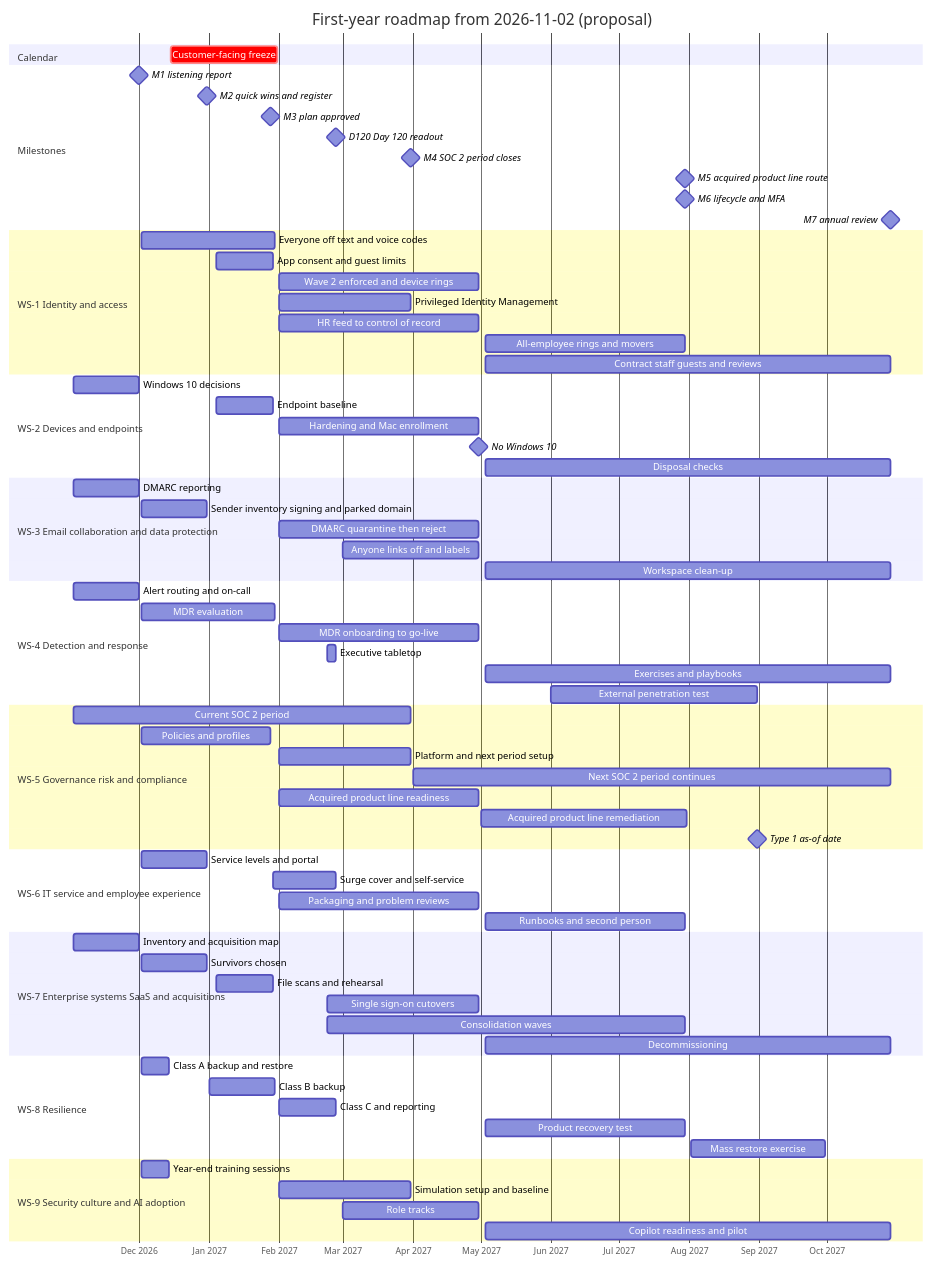
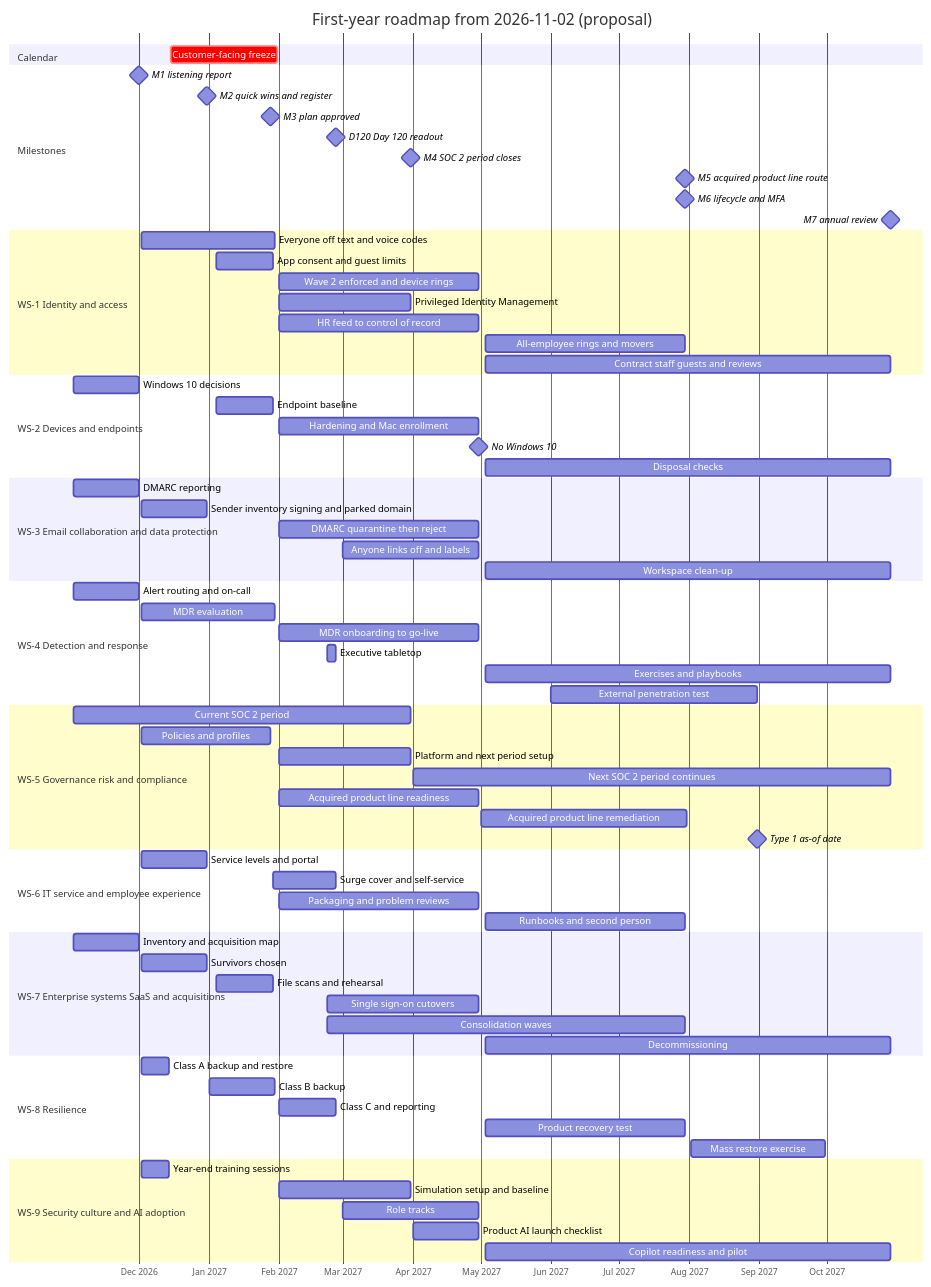
The first of 2 diagrams in docs/03-twelve-month-roadmap.md (lexxon21/it-security-first-year-plan), drawn with Mermaid before and after one commit. The commit also changed other lines of this file and 24 other files, not shown here.

````diff
--- a/docs/03-twelve-month-roadmap.md
+++ b/docs/03-twelve-month-roadmap.md
@@ -34,75 +34,76 @@
 ```mermaid
 gantt
   title First-year roadmap from 2026-11-02 (proposal)
   dateFormat YYYY-MM-DD
   axisFormat %b %Y
   section Calendar
   Customer-facing freeze :crit, cal1, 2026-12-15, 2027-01-31
   section Milestones
   M1 listening report :milestone, m1, 2026-12-01, 0d
   M2 quick wins and register :milestone, m2, 2026-12-31, 0d
   M3 plan approved :milestone, m3, 2027-01-28, 0d
   D120 Day 120 readout :milestone, d120, 2027-02-26, 0d
   M4 SOC 2 period closes :milestone, m4, 2027-03-31, 0d
   M5 acquired product line route :milestone, m5, 2027-07-30, 0d
   M6 lifecycle and MFA :milestone, m6, 2027-07-30, 0d
   M7 annual review :milestone, m7, 2027-10-29, 0d
   section WS-1 Identity and access
   Everyone off text and voice codes :w1a, 2026-12-02, 2027-01-30
   App consent and guest limits :w1g, 2027-01-04, 2027-01-29
   Wave 2 enforced and device rings :w1b, 2027-02-01, 2027-04-30
   Privileged Identity Management :w1c, 2027-02-01, 2027-03-31
   HR feed to control of record :w1d, 2027-02-01, 2027-04-30
   All-employee rings and movers :w1e, 2027-05-03, 2027-07-30
   Contract staff guests and reviews :w1f, 2027-05-03, 2027-10-29
   section WS-2 Devices and endpoints
   Windows 10 decisions :w2a, 2026-11-02, 2026-12-01
   Endpoint baseline :w2b, 2027-01-04, 2027-01-29
   Hardening and Mac enrollment :w2c, 2027-02-01, 2027-04-30
   No Windows 10 :milestone, w2d, 2027-04-30, 0d
   Disposal checks :w2e, 2027-05-03, 2027-10-29
   section WS-3 Email collaboration and data protection
   DMARC reporting :w3a, 2026-11-02, 2026-12-01
   Sender inventory signing and parked domain :w3b, 2026-12-02, 2026-12-31
   DMARC quarantine then reject :w3c, 2027-02-01, 2027-04-30
   Anyone links off and labels :w3d, 2027-03-01, 2027-04-30
   Workspace clean-up :w3e, 2027-05-03, 2027-10-29
   section WS-4 Detection and response
   Alert routing and on-call :w4a, 2026-11-02, 2026-12-01
   MDR evaluation :w4b, 2026-12-02, 2027-01-30
   MDR onboarding to go-live :w4c, 2027-02-01, 2027-04-30
   Executive tabletop :w4d, 2027-02-22, 2027-02-26
   Exercises and playbooks :w4e, 2027-05-03, 2027-10-29
   External penetration test :w4f, 2027-06-01, 2027-08-31
   section WS-5 Governance risk and compliance
   Current SOC 2 period :w5a, 2026-11-02, 2027-03-31
   Policies and profiles :w5b, 2026-12-02, 2027-01-28
   Platform and next period setup :w5c, 2027-02-01, 2027-03-31
   Next SOC 2 period continues :w5d, 2027-04-01, 2027-10-29
   Acquired product line readiness :w5e, 2027-02-01, 2027-04-30
   Acquired product line remediation :w5f, 2027-05-01, 2027-07-31
   Type 1 as-of date :milestone, w5g, 2027-08-31, 0d
   section WS-6 IT service and employee experience
   Service levels and portal :w6a, 2026-12-02, 2026-12-31
   Surge cover and self-service :w6b, 2027-01-29, 2027-02-26
   Packaging and problem reviews :w6c, 2027-02-01, 2027-04-30
   Runbooks and second person :w6d, 2027-05-03, 2027-07-30
   section WS-7 Enterprise systems SaaS and acquisitions
   Inventory and acquisition map :w7a, 2026-11-02, 2026-12-01
   Survivors chosen :w7b, 2026-12-02, 2026-12-31
   File scans and rehearsal :w7c, 2027-01-04, 2027-01-29
   Single sign-on cutovers :w7d, 2027-02-22, 2027-04-30
   Consolidation waves :w7e, 2027-02-22, 2027-07-30
   Decommissioning :w7f, 2027-05-03, 2027-10-29
   section WS-8 Resilience
   Class A backup and restore :w8a, 2026-12-02, 2026-12-14
   Class B backup :w8b, 2027-01-01, 2027-01-30
   Class C and reporting :w8c, 2027-02-01, 2027-02-26
   Product recovery test :w8d, 2027-05-03, 2027-07-30
   Mass restore exercise :w8e, 2027-08-02, 2027-09-30
   section WS-9 Security culture and AI adoption
   Year-end training sessions :w9a, 2026-12-02, 2026-12-14
   Simulation setup and baseline :w9b, 2027-02-01, 2027-03-31
   Role tracks :w9c, 2027-03-01, 2027-04-30
+  Product AI launch checklist :w9e, 2027-04-01, 2027-04-30
   Copilot readiness and pilot :w9d, 2027-05-03, 2027-10-29
 ```
````
